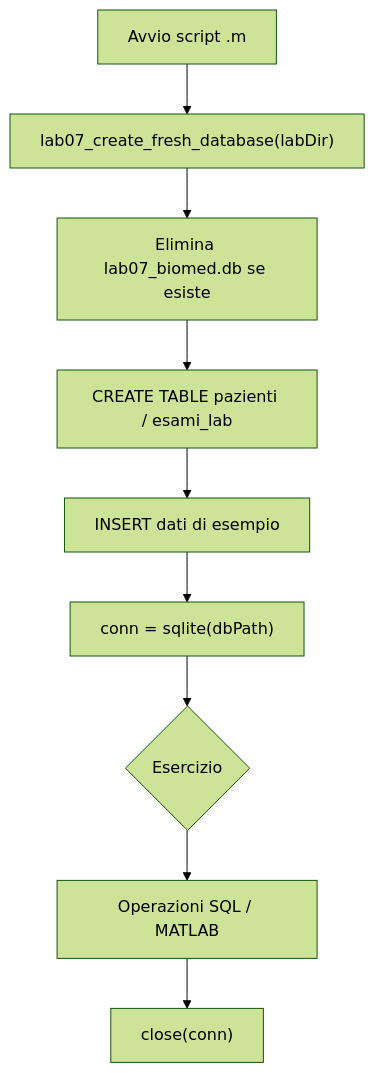
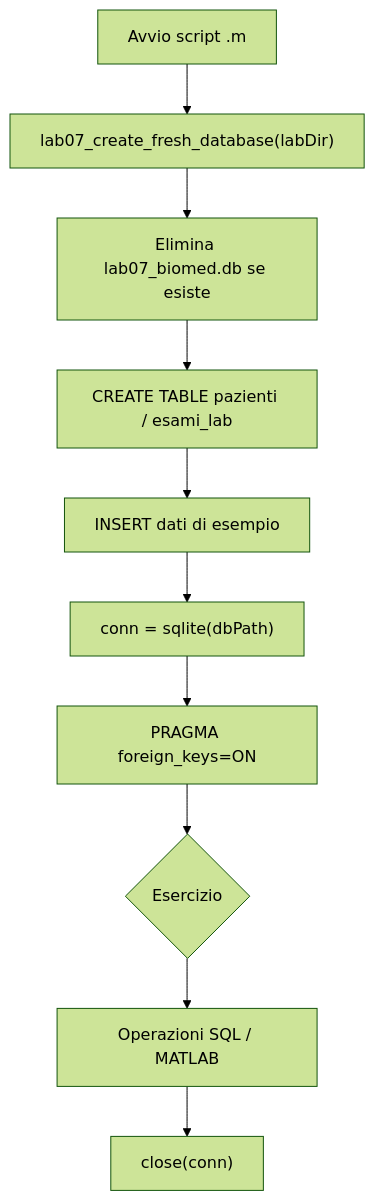
The second of 6 diagrams in 07-matlab-sqlite-database/README.md (lucadagati/Lab_Fondamenti_di_Informatica_25_26), drawn with Mermaid (forest theme) before and after one commit. The commit also changed other lines of this file and 12 other files, not shown here.

First line of the commit message:
Lab 07: exercises es06-es09 on PK, FK, CASCADE, transactions; PRAGMA foreign_keys in init and scripts

````diff
--- a/07-matlab-sqlite-database/README.md
+++ b/07-matlab-sqlite-database/README.md
@@ -156,11 +169,12 @@
 ```mermaid
 flowchart TD
     A[Avvio script .m] --> B["lab07_create_fresh_database(labDir)"]
     B --> C["Elimina lab07_biomed.db se esiste"]
     C --> D["CREATE TABLE pazienti / esami_lab"]
     D --> E["INSERT dati di esempio"]
     E --> F["conn = sqlite(dbPath)"]
-    F --> G{Esercizio}
+    F --> F2["PRAGMA foreign_keys=ON"]
+    F2 --> G{Esercizio}
     G --> H["Operazioni SQL / MATLAB"]
     H --> I["close(conn)"]
 ```
````
